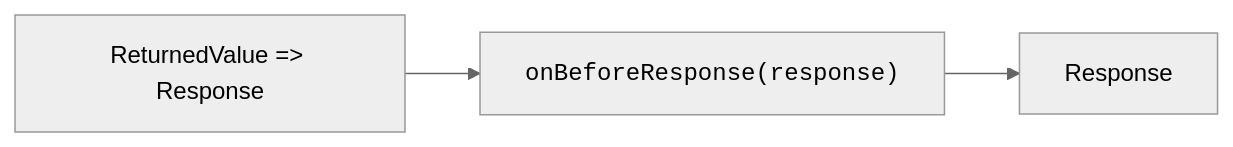
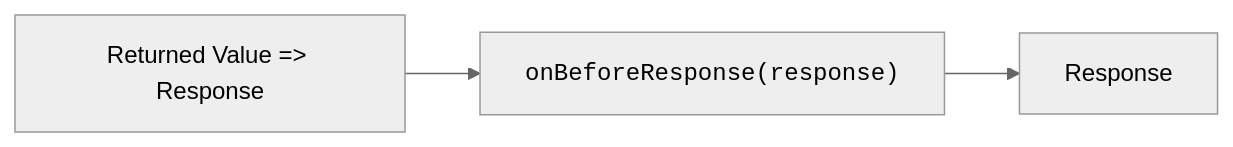
One commit to h3js/h3 changed the fourth of 4 diagrams in docs/1.guide/1.basics/1.lifecycle.md. Above: the diagram before and after it, drawn with Mermaid. The commit also changed other lines of this file and 10 other files, not shown here.

````diff
--- a/docs/1.guide/1.basics/1.lifecycle.md
+++ b/docs/1.guide/1.basics/1.lifecycle.md
@@ -60,8 +60,8 @@
 ```mermaid
 %%{init: {'theme':'neutral'}}%%
 flowchart LR
- D1["ReturnedValue => Response"] --> D2["<code>onBeforeResponse(response)</code>"] --> D3["Response"]
+ D1["Returned Value => Response"] --> D2["<code>onBeforeResponse(response)</code>"] --> D3["Response"]
 
 click D1 "/guide/basics/response"
 click D2 "/guide/api/h3#global-hooks"
 ```
````
